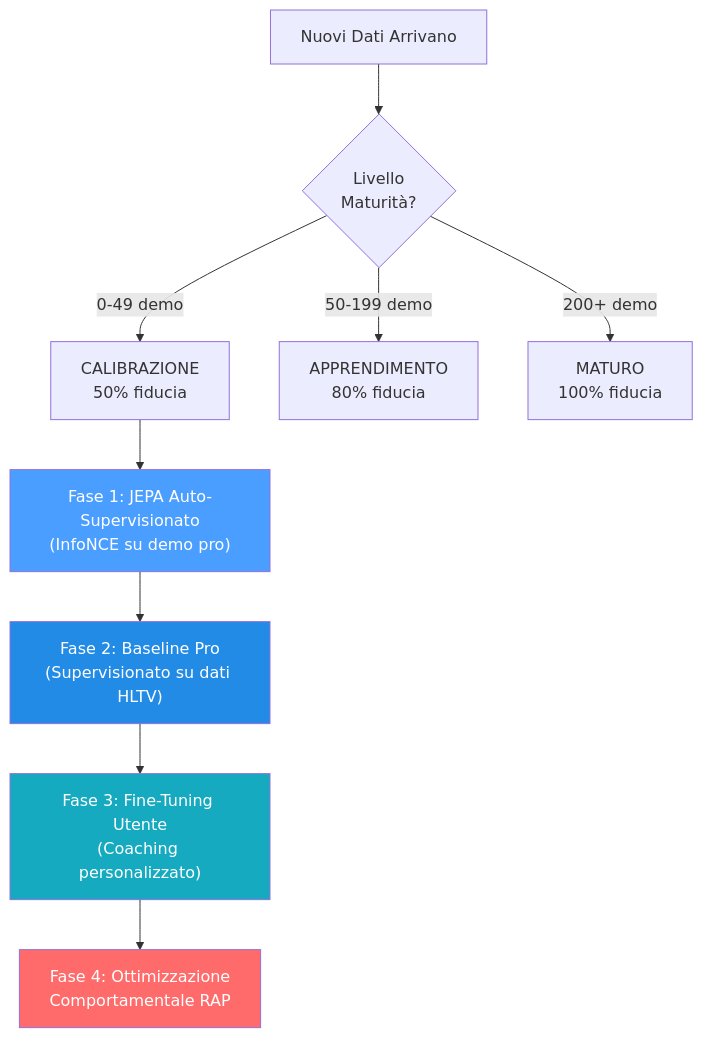
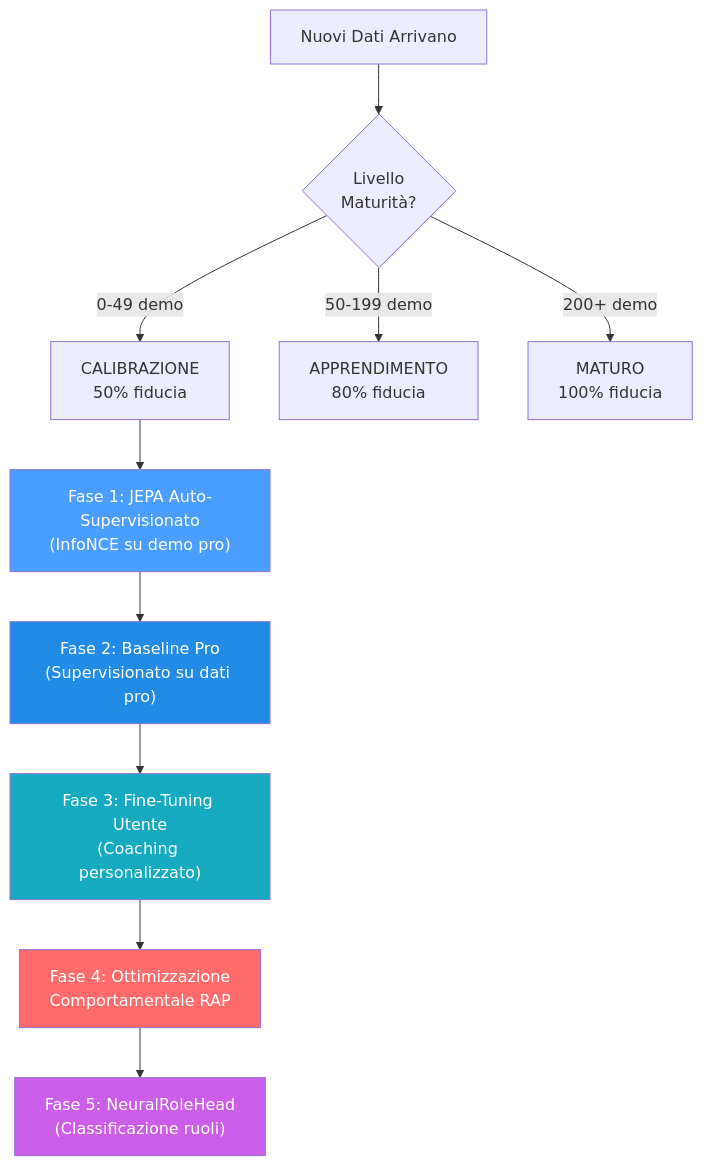
One commit to renanaugustomacena-ux/Counter-Strike-coach-AI changed diagram 14 of 22 in docs/books/Book-Coach-1A.md. Above: the diagram before and after it, drawn with Mermaid. The commit also changed other lines of this file and 4 other files, not shown here.

````diff
--- a/docs/books/Book-Coach-1A.md
+++ b/docs/books/Book-Coach-1A.md
@@ -833,15 +835,17 @@
 ```mermaid
 graph TD
     START["Nuovi Dati Arrivano"] --> CHECK{"Livello<br/>Maturità?"}
     CHECK -->|"0-49 demo"| CAL["CALIBRAZIONE<br/>50% fiducia"]
     CHECK -->|"50-199 demo"| LEARN["APPRENDIMENTO<br/>80% fiducia"]
     CHECK -->|"200+ demo"| MAT["MATURO<br/>100% fiducia"]
     CAL --> P1["Fase 1: JEPA Auto-Supervisionato<br/>(InfoNCE su demo pro)"]
-    P1 --> P2["Fase 2: Baseline Pro<br/>(Supervisionato su dati HLTV)"]
+    P1 --> P2["Fase 2: Baseline Pro<br/>(Supervisionato su dati pro)"]
     P2 --> P3["Fase 3: Fine-Tuning Utente<br/>(Coaching personalizzato)"]
     P3 --> P4["Fase 4: Ottimizzazione<br/>Comportamentale RAP"]
+    P4 --> P5["Fase 5: NeuralRoleHead<br/>(Classificazione ruoli)"]
     style P1 fill:#4a9eff,color:#fff
     style P2 fill:#228be6,color:#fff
     style P3 fill:#15aabf,color:#fff
     style P4 fill:#ff6b6b,color:#fff
+    style P5 fill:#cc5de8,color:#fff
 ```
````
